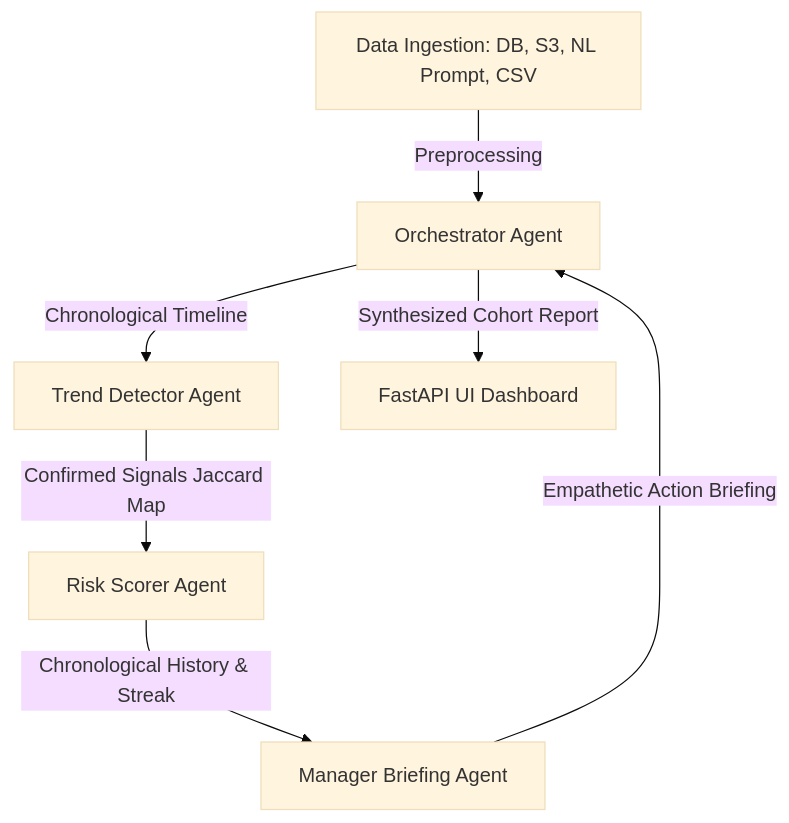
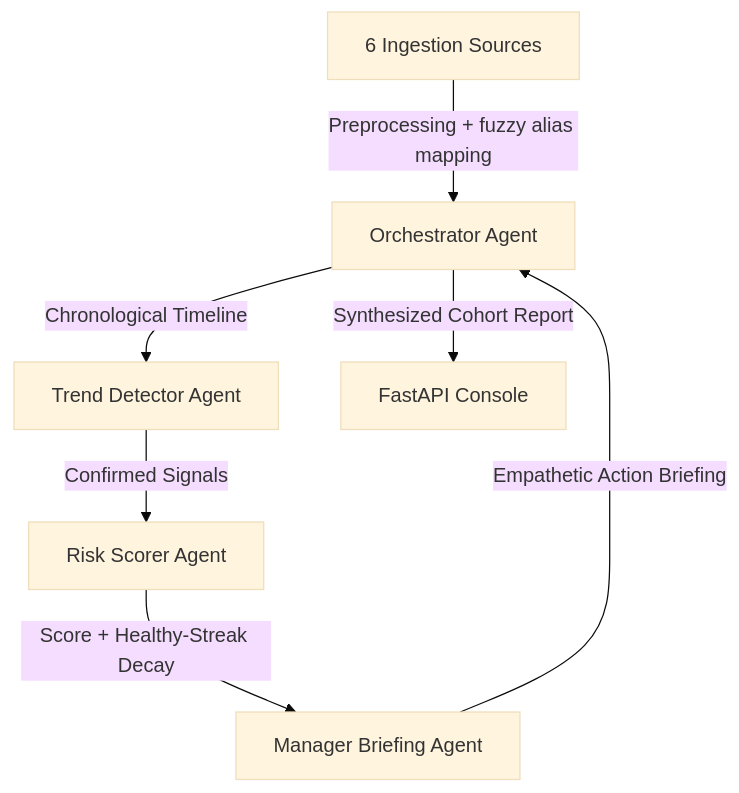
Before and after one commit to Athish2002/quiet-quitting-detector: the diagram in README.md, drawn with Mermaid (base theme). The commit also changed other lines of this file and 30 other files, not shown here.

````diff
--- a/README.md
+++ b/README.md
@@ -37,9 +40,9 @@
 ```mermaid
 graph TD
-    DataIn[Data Ingestion: DB, S3, NL Prompt, CSV] -->|Preprocessing| Orch[Orchestrator Agent]
+    DataIn[6 Ingestion Sources] -->|Preprocessing + fuzzy alias mapping| Orch[Orchestrator Agent]
     Orch -->|Chronological Timeline| Trend[Trend Detector Agent]
-    Trend -->|Confirmed Signals Jaccard Map| Scorer[Risk Scorer Agent]
-    Scorer -->|Chronological History & Streak| Brief[Manager Briefing Agent]
+    Trend -->|Confirmed Signals| Scorer[Risk Scorer Agent]
+    Scorer -->|Score + Healthy-Streak Decay| Brief[Manager Briefing Agent]
     Brief -->|Empathetic Action Briefing| Orch
-    Orch -->|Synthesized Cohort Report| UI[FastAPI UI Dashboard]
+    Orch -->|Synthesized Cohort Report| UI[FastAPI Console]
 ```
````
